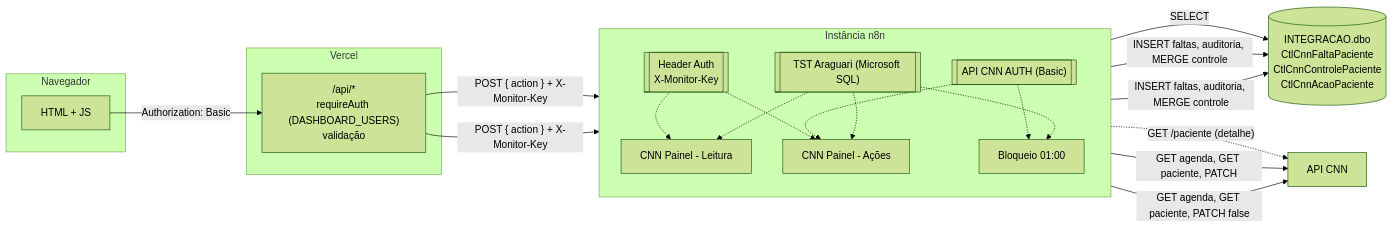
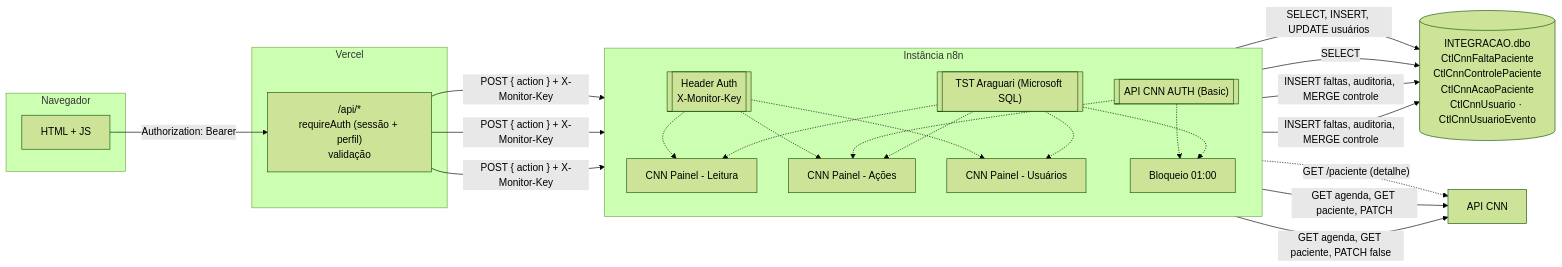
One commit to clariens/painel-integracao-desbloqueio-CNN-web changed the first of 4 diagrams in docs/arquitetura.md. Above: the diagram before and after it, drawn with Mermaid (forest theme). The commit also changed other lines of this file and 58 other files, not shown here.

````diff
--- a/docs/arquitetura.md
+++ b/docs/arquitetura.md
@@ -31,37 +32,42 @@
 ```mermaid
 flowchart LR
     subgraph Navegador
         UI["HTML + JS"]
     end
     subgraph Vercel
-        API["/api/*<br/>requireAuth (DASHBOARD_USERS)<br/>validação"]
+        API["/api/*<br/>requireAuth (sessão + perfil)<br/>validação"]
     end
     subgraph n8n["Instância n8n"]
         direction TB
         L["CNN Painel - Leitura"]
         A["CNN Painel - Ações"]
+        US["CNN Painel - Usuários"]
         B["Bloqueio 01:00"]
         HK[["Header Auth<br/>X-Monitor-Key"]]
         C1[["API CNN AUTH (Basic)"]]
         C2[["TST Araguari (Microsoft SQL)"]]
     end
     CNN["API CNN"]
-    DB[("INTEGRACAO.dbo<br/>CtlCnnFaltaPaciente<br/>CtlCnnControlePaciente<br/>CtlCnnAcaoPaciente")]
+    DB[("INTEGRACAO.dbo<br/>CtlCnnFaltaPaciente<br/>CtlCnnControlePaciente<br/>CtlCnnAcaoPaciente<br/>CtlCnnUsuario · CtlCnnUsuarioEvento")]
 
-    UI -- "Authorization: Basic" --> API
+    UI -- "Authorization: Bearer" --> API
     API -- "POST { action } + X-Monitor-Key" --> L
     API -- "POST { action } + X-Monitor-Key" --> A
+    API -- "POST { action } + X-Monitor-Key" --> US
     HK -.-> L
     HK -.-> A
+    HK -.-> US
+    US -- "SELECT, INSERT, UPDATE usuários" --> DB
     L -- "SELECT" --> DB
     L -. "GET /paciente (detalhe)" .-> CNN
     A -- "GET agenda, GET paciente, PATCH" --> CNN
     A -- "INSERT faltas, auditoria, MERGE controle" --> DB
     B -- "GET agenda, GET paciente, PATCH false" --> CNN
     B -- "INSERT faltas, auditoria, MERGE controle" --> DB
     C1 -.-> A
     C1 -.-> B
     C2 -.-> L
     C2 -.-> A
     C2 -.-> B
+    C2 -.-> US
 ```
````
